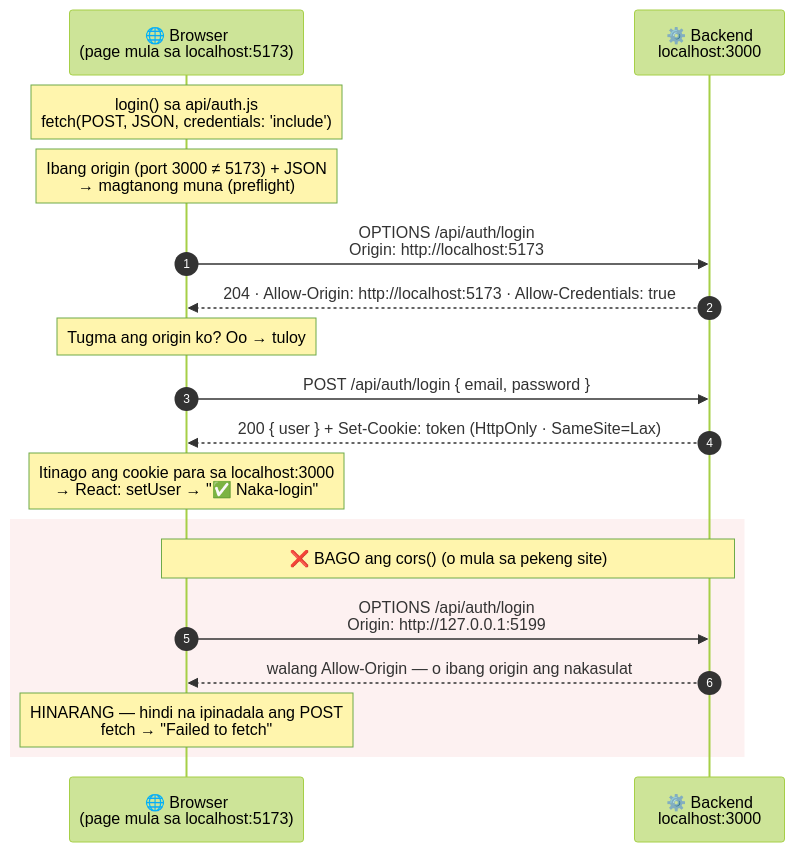
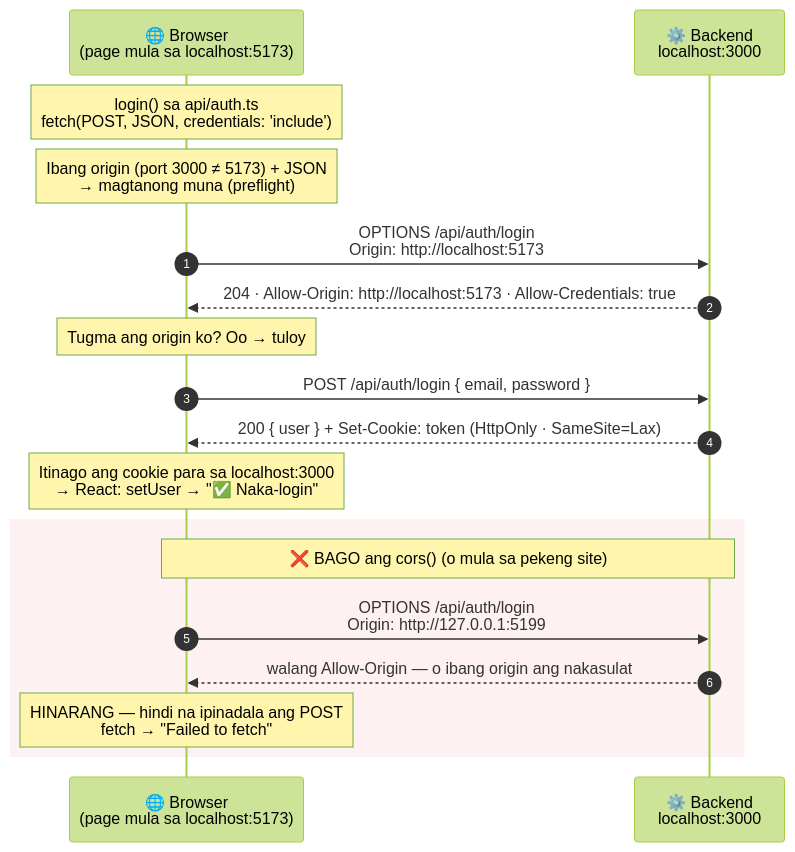
Before and after one commit to nelson1869-ai/auth-learning: the second of 4 diagrams in docs/diagrams/07-frontend-backend.md, drawn with Mermaid (forest theme). The commit also changed other lines of this file and 7 other files, not shown here.

Commit message:
docs: D-019 frontend types are a copy of the API, day 32b notes, diagrams

````diff
--- a/docs/diagrams/07-frontend-backend.md
+++ b/docs/diagrams/07-frontend-backend.md
@@ -36,22 +36,22 @@
 ```mermaid
 sequenceDiagram
     autonumber
     participant B as 🌐 Browser<br/>(page mula sa localhost:5173)
     participant S as ⚙️ Backend<br/>localhost:3000
 
-    Note over B: login() sa api/auth.js<br/>fetch(POST, JSON, credentials: 'include')
+    Note over B: login() sa api/auth.ts<br/>fetch(POST, JSON, credentials: 'include')
     Note over B: Ibang origin (port 3000 ≠ 5173) + JSON<br/>→ magtanong muna (preflight)
     B->>S: OPTIONS /api/auth/login<br/>Origin: http://localhost:5173
     S-->>B: 204 · Allow-Origin: http://localhost:5173 · Allow-Credentials: true
     Note over B: Tugma ang origin ko? Oo → tuloy
     B->>S: POST /api/auth/login { email, password }
     S-->>B: 200 { user } + Set-Cookie: token (HttpOnly · SameSite=Lax)
     Note over B: Itinago ang cookie para sa localhost:3000<br/>→ React: setUser → "✅ Naka-login"
 
     rect rgba(220,80,80,0.08)
     Note over B,S: ❌ BAGO ang cors() (o mula sa pekeng site)
     B->>S: OPTIONS /api/auth/login<br/>Origin: http://127.0.0.1:5199
     S-->>B: walang Allow-Origin — o ibang origin ang nakasulat
     Note over B: HINARANG — hindi na ipinadala ang POST<br/>fetch → "Failed to fetch"
     end
 ```
````
